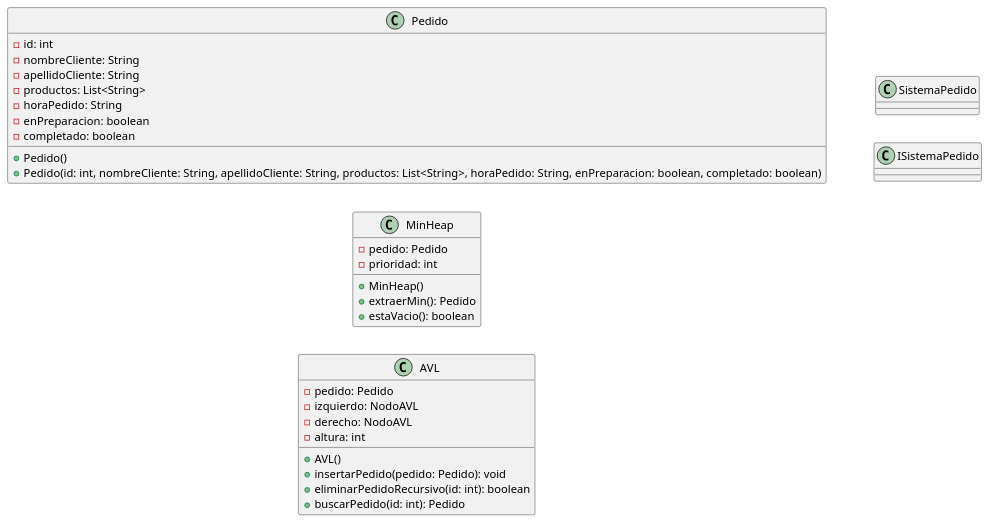
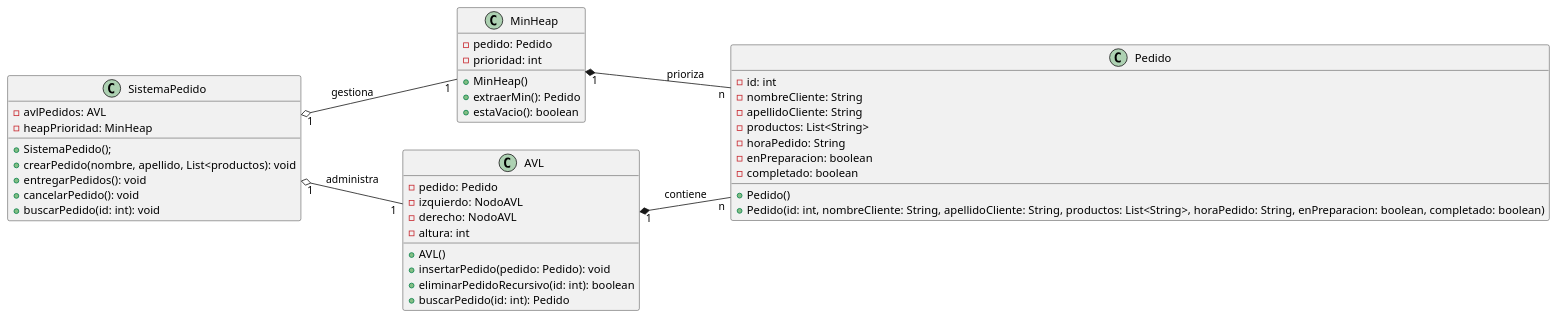
The diagram in DiagramaDeClases.puml (FelipeRojoC/CLION_Taller2_FelipeRojo), drawn with PlantUML before and after one commit. The commit also changed 8 other files, not shown here.

Commit message:
feat: se arregla el diagrama de clases implementado sistemapedido y las relaciones, queda por validar algunas cosas que hacen que se caiga el programa (ya esta compilando)

```diff
--- a/DiagramaDeClases.puml
+++ b/DiagramaDeClases.puml
@@ -1,41 +1,52 @@
 @startuml
 
 left to right direction
 
 class Pedido{
     - id: int
     - nombreCliente: String
     - apellidoCliente: String
     - productos: List<String>
     - horaPedido: String
     - enPreparacion: boolean
     - completado: boolean
     + Pedido()
     + Pedido(id: int, nombreCliente: String, apellidoCliente: String, productos: List<String>, horaPedido: String, enPreparacion: boolean, completado: boolean)
 }
 
 class MinHeap{
     - pedido: Pedido
     - prioridad: int
     + MinHeap()
     + extraerMin(): Pedido
     + estaVacio(): boolean
 }
 
 class AVL{
     - pedido: Pedido
     - izquierdo: NodoAVL
     - derecho: NodoAVL
     - altura: int
     + AVL()
     + insertarPedido(pedido: Pedido): void
     + eliminarPedidoRecursivo(id: int): boolean
     + buscarPedido(id: int): Pedido
 }
 
 class SistemaPedido{
+    - avlPedidos: AVL
+    - heapPrioridad: MinHeap
+    + SistemaPedido();
+    + crearPedido(nombre, apellido, List<productos): void
+    + entregarPedidos(): void
+    + cancelarPedido(): void
+    + buscarPedido(id: int): void
 }
 
-class ISistemaPedido{
-}
+'Relaciones
+SistemaPedido "1" o-- "1" AVL : administra
+SistemaPedido "1" o-- "1" MinHeap : gestiona
+AVL "1" *-- "n" Pedido : contiene
+MinHeap "1" *-- "n" Pedido : prioriza
+
 @enduml
```
